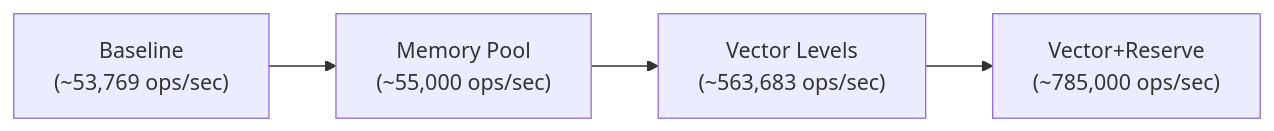
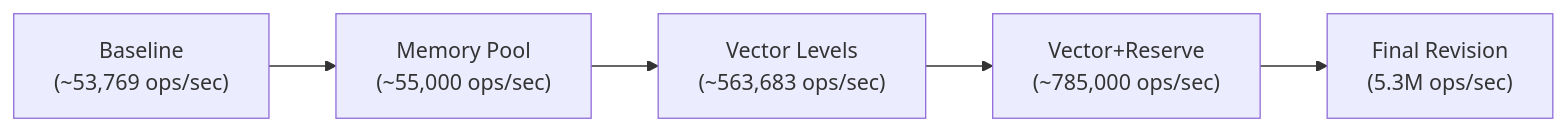
The second of 2 diagrams in README.md (aevinj/ITCH-market-replay-engine), drawn with Mermaid before and after one commit. The commit also changed other lines of this file and 5 other files, not shown here.

````diff
--- a/README.md
+++ b/README.md
@@ -77,9 +136,10 @@
 ```mermaid
 flowchart LR
     A["Baseline<br/>(~53,769 ops/sec)"] 
     B["Memory Pool<br/>(~55,000 ops/sec)"] 
     C["Vector Levels<br/>(~563,683 ops/sec)"] 
     D["Vector+Reserve<br/>(~785,000 ops/sec)"]
+    E["Final Revision<br/>(5.3M ops/sec)"]
 
-    A --> B --> C --> D
+    A --> B --> C --> D --> E
 ```
````
